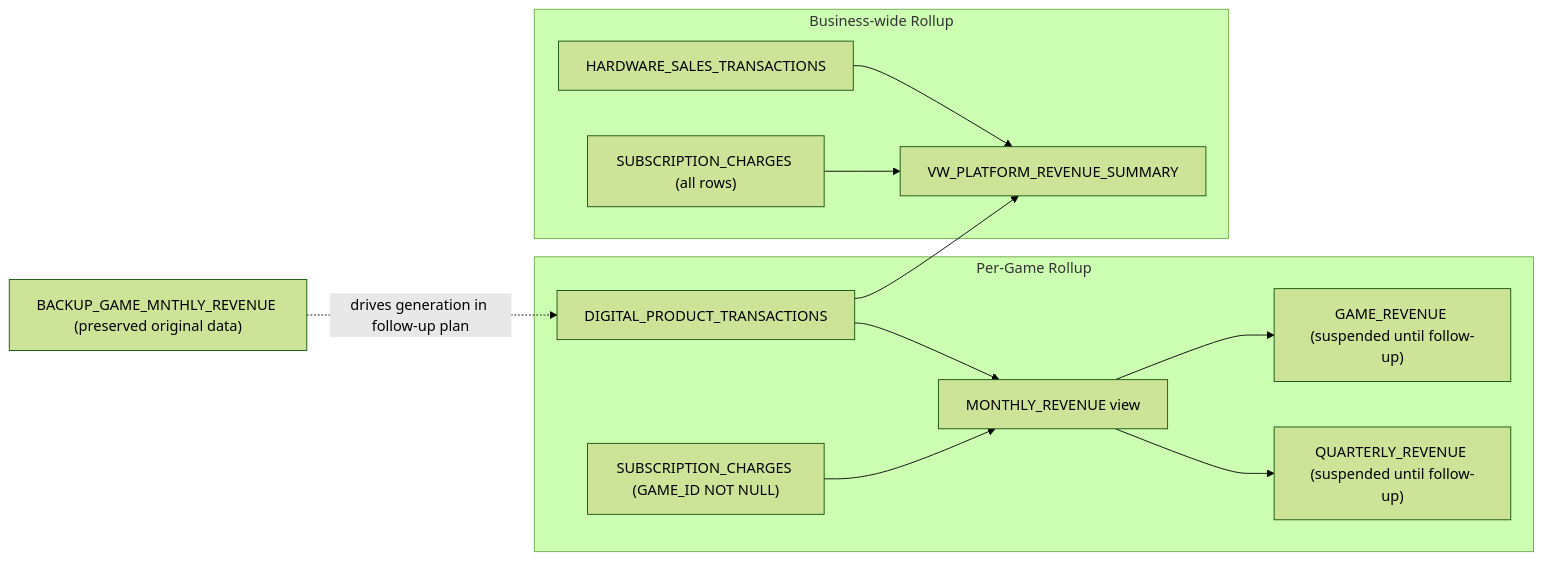
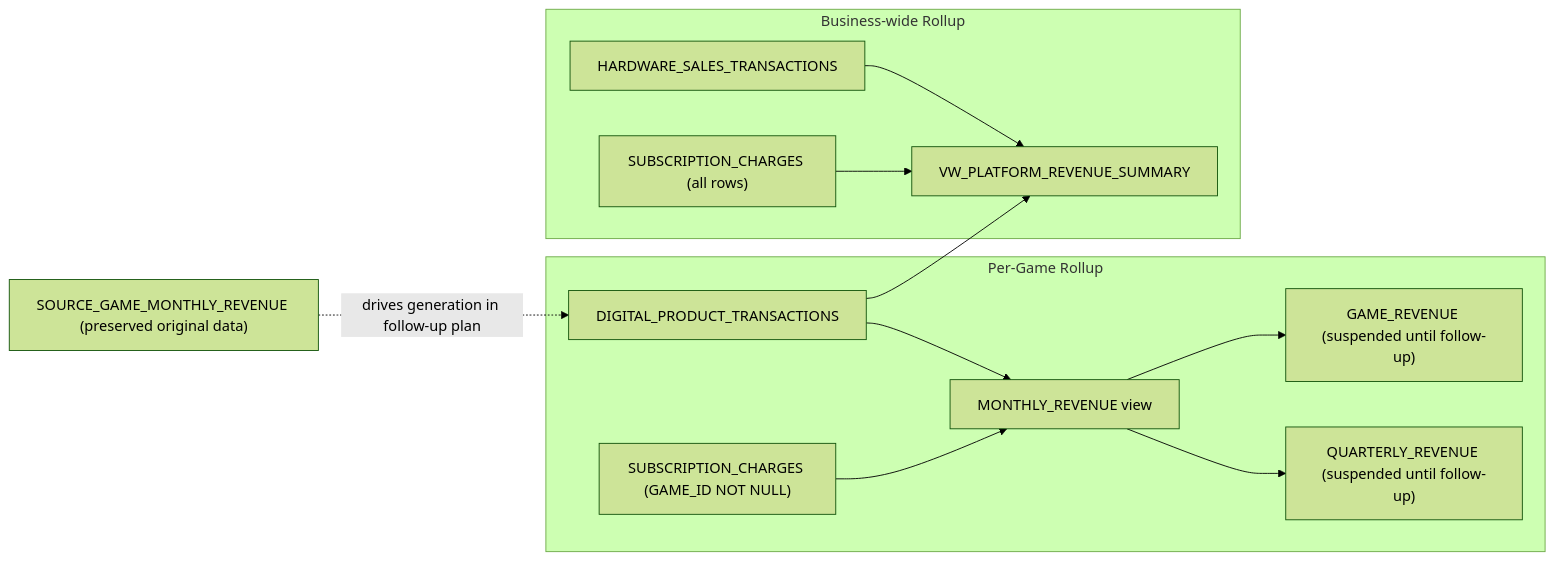
The fourth of 4 diagrams in .snowflake/cortex/plans/game-sales-commerce-domain-expansion.plan.md (sfc-gh-jwestra/ontology-games), drawn with Mermaid (forest theme) before and after one commit. The commit also changed other lines of this file and 259 other files, not shown here.

First line of the commit message:
Restructure demo: Parquet install, per-schema semantic views, graded batch eval, three-tab compare UI

````diff
--- a/.snowflake/cortex/plans/game-sales-commerce-domain-expansion.plan.md
+++ b/.snowflake/cortex/plans/game-sales-commerce-domain-expansion.plan.md
@@ -180,16 +176,16 @@
 ```mermaid
 flowchart LR
-    BK["BACKUP_GAME_MNTHLY_REVENUE (preserved original data)"]
+    BK["SOURCE_GAME_MONTHLY_REVENUE (preserved original data)"]
     subgraph PerGame [Per-Game Rollup]
         DPT[DIGITAL_PRODUCT_TRANSACTIONS] --> MR[MONTHLY_REVENUE view]
         SC1["SUBSCRIPTION_CHARGES (GAME_ID NOT NULL)"] --> MR
         MR --> GR["GAME_REVENUE (suspended until follow-up)"]
         MR --> QR["QUARTERLY_REVENUE (suspended until follow-up)"]
     end
     subgraph BusinessWide [Business-wide Rollup]
         HST[HARDWARE_SALES_TRANSACTIONS] --> VPS[VW_PLATFORM_REVENUE_SUMMARY]
         DPT --> VPS
         SC2["SUBSCRIPTION_CHARGES (all rows)"] --> VPS
     end
     BK -.->|"drives generation in follow-up plan"| DPT
 ```
````
